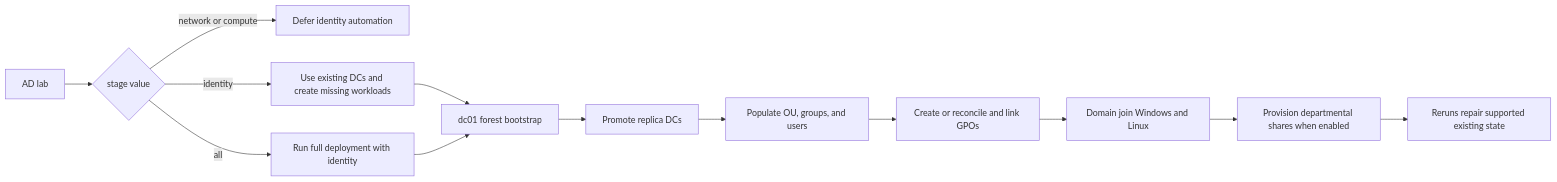
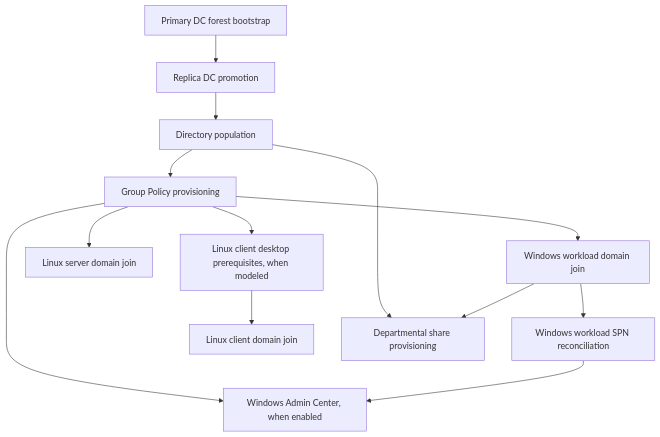
Before and after one commit to andriesdutoit-svg/azure-multiregion-lab: the diagram in docs/identity-and-domain-join.md, drawn with Mermaid. The commit also changed other lines of this file and 19 other files, not shown here.

````diff
--- a/docs/identity-and-domain-join.md
+++ b/docs/identity-and-domain-join.md
@@ -34,15 +9,15 @@
 ```mermaid
-flowchart LR
-        A[AD lab] --> B{stage value}
-        B -->|network or compute| L[Defer identity automation]
-        B -->|identity| C[Use existing DCs and create missing workloads]
-  B -->|all| D[Run full deployment with identity]
-  C --> E[dc01 forest bootstrap]
-  D --> E
-  E --> F[Promote replica DCs]
-  F --> G[Populate OU, groups, and users]
-        G --> K[Create or reconcile and link GPOs]
-  K --> H[Domain join Windows and Linux]
-        H --> I[Provision departmental shares when enabled]
-        I --> J[Reruns repair supported existing state]
+flowchart TD
+  A[Primary DC forest bootstrap] --> B[Replica DC promotion]
+  B --> C[Directory population]
+  C --> D[Group Policy provisioning]
+  D --> E[Windows workload domain join]
+  E --> F[Windows workload SPN reconciliation]
+  D --> G[Linux server domain join]
+  D --> H[Linux client desktop prerequisites, when modeled]
+  H --> I[Linux client domain join]
+  C --> J[Departmental share provisioning]
+  E --> J
+  D --> K[Windows Admin Center, when enabled]
+  F --> K
 ```
````
